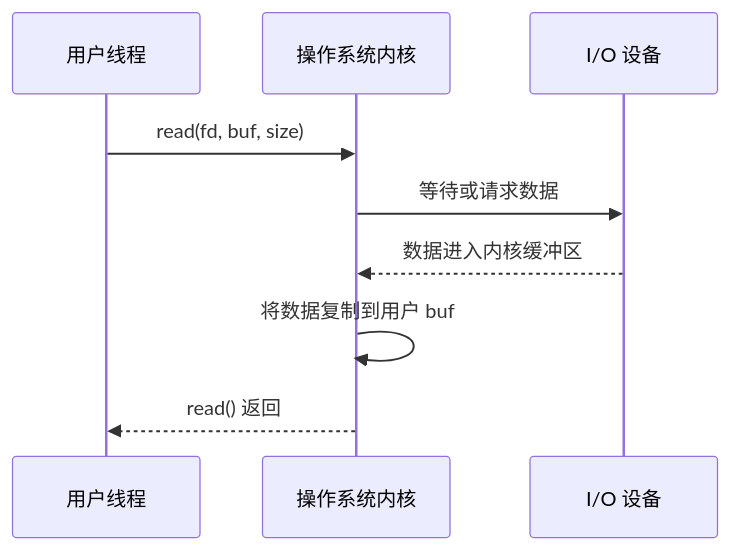
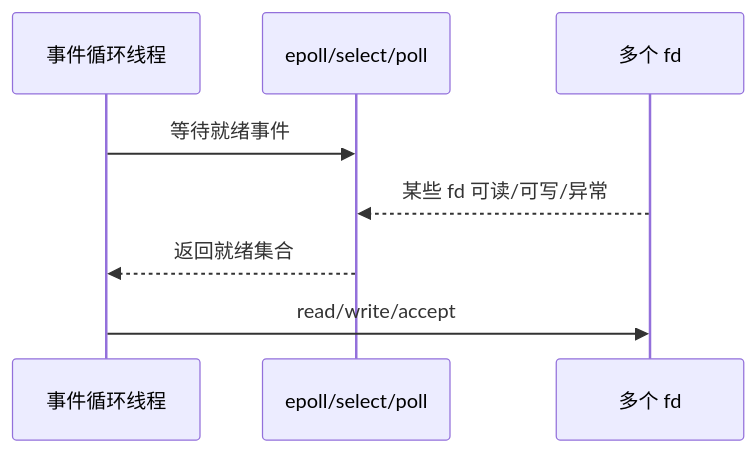
Before and after one commit to Fizgrad/fizgrad.github.io: the tenth of 36 diagrams in blog/os_review.md, drawn with Mermaid. The commit also changed other lines of this file and 1 other file, not shown here.

````diff
--- a/blog/os_review.md
+++ b/blog/os_review.md
@@ -2133,12 +2445,11 @@
 ```mermaid
 sequenceDiagram
-    participant App as 用户线程
-    participant Kernel as 操作系统内核
-    participant Device as I/O 设备
+    participant App as 事件循环线程
+    participant Mux as epoll/select/poll
+    participant FD as 多个 fd
 
-    App->>Kernel: read(fd, buf, size)
-    Kernel->>Device: 等待或请求数据
-    Device-->>Kernel: 数据进入内核缓冲区
-    Kernel->>Kernel: 将数据复制到用户 buf
-    Kernel-->>App: read() 返回
+    App->>Mux: 等待就绪事件
+    FD-->>Mux: 某些 fd 可读/可写/异常
+    Mux-->>App: 返回就绪集合
+    App->>FD: read/write/accept
 ```
````
